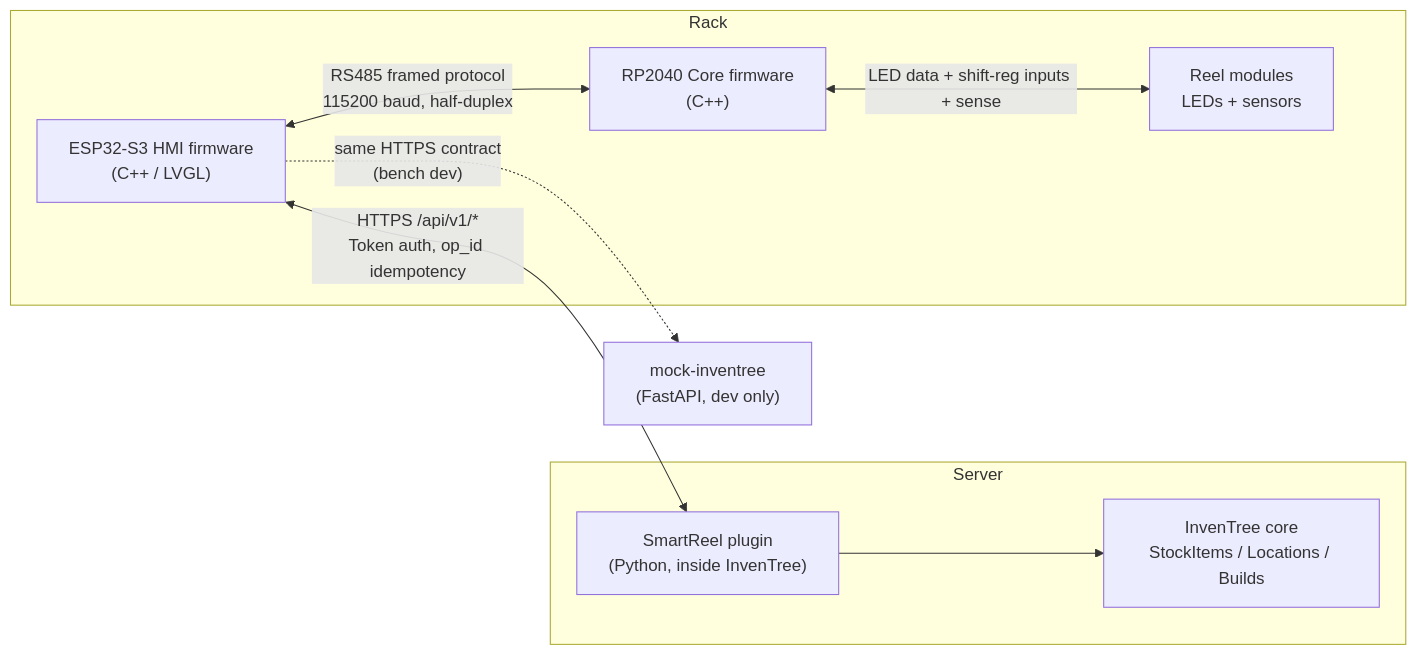
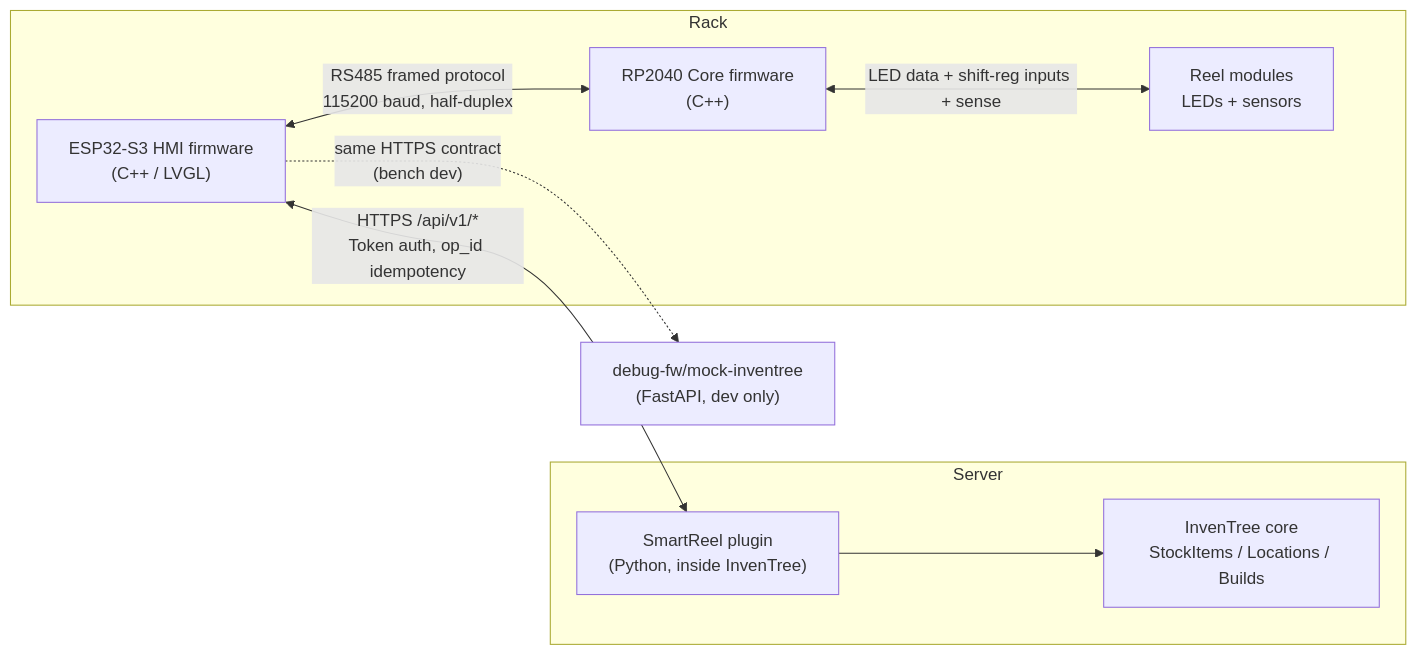
One commit to kk6axq/smartreel changed the diagram in docs/manual/03-software-architecture.md. Above: the diagram before and after it, drawn with Mermaid. The commit also changed other lines of this file and 108 other files, not shown here.

````diff
--- a/docs/manual/03-software-architecture.md
+++ b/docs/manual/03-software-architecture.md
@@ -9,19 +9,19 @@
 ```mermaid
 flowchart LR
     subgraph Rack
         HMI["ESP32-S3 HMI firmware<br/>(C++ / LVGL)"]
         CORE["RP2040 Core firmware<br/>(C++)"]
         MODS["Reel modules<br/>LEDs + sensors"]
     end
     subgraph Server
         PLUGIN["SmartReel plugin<br/>(Python, inside InvenTree)"]
         INV["InvenTree core<br/>StockItems / Locations / Builds"]
     end
-    MOCK["mock-inventree<br/>(FastAPI, dev only)"]
+    MOCK["debug-fw/mock-inventree<br/>(FastAPI, dev only)"]
 
     HMI <-->|"RS485 framed protocol<br/>115200 baud, half-duplex"| CORE
     CORE <-->|"LED data + shift-reg inputs + sense"| MODS
     HMI <-->|"HTTPS /api/v1/*<br/>Token auth, op_id idempotency"| PLUGIN
     PLUGIN --> INV
     HMI -.->|"same HTTPS contract<br/>(bench dev)"| MOCK
 ```
````
